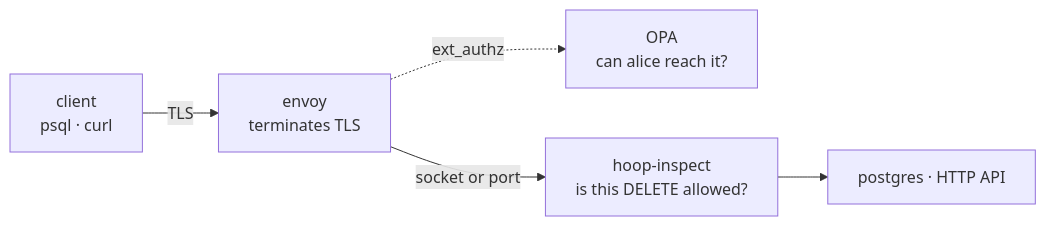
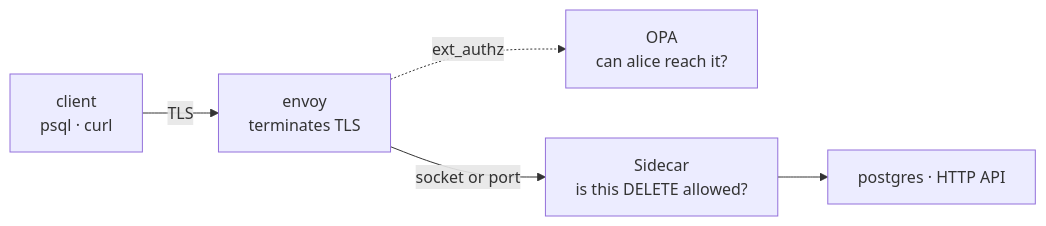
The diagram in setup/configuration/hoop-inspect/get-started.mdx (hoophq/documentation), drawn with Mermaid before and after one commit. The commit also changed other lines of this file and 18 other files, not shown here.

Commit message:
new sidecar architecture docs

````diff
--- a/setup/configuration/hoop-inspect/get-started.mdx
+++ b/setup/configuration/hoop-inspect/get-started.mdx
@@ -10,7 +10,7 @@
 ```mermaid
 flowchart LR
     C["client<br/>psql · curl"] -->|TLS| E["envoy<br/>terminates TLS"]
     E -.->|ext_authz| O["OPA<br/>can alice reach it?"]
-    E -->|socket or port| H["hoop-inspect<br/>is this DELETE allowed?"]
+    E -->|socket or port| H["Sidecar<br/>is this DELETE allowed?"]
     H --> U["postgres · HTTP API"]
 ```
````
